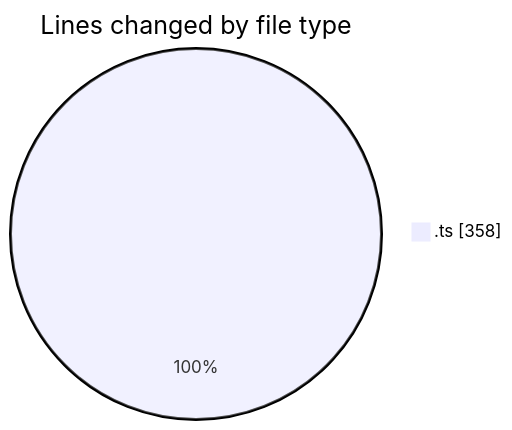
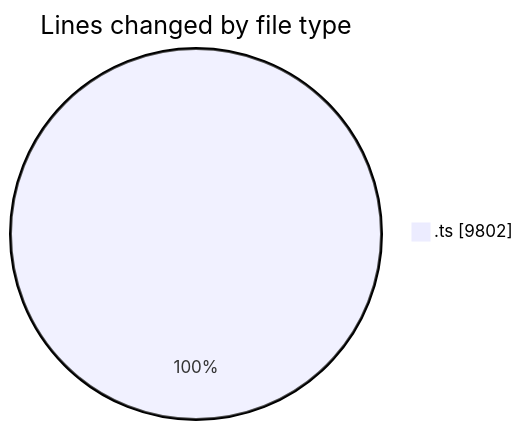
Before and after one commit to momahboobian/code-tracking: the first of 2 diagrams in 2025-09-09/cda/README.md, drawn with Mermaid. The commit also changed other lines of this file and 1 other file, not shown here.

````diff
--- a/2025-09-09/cda/README.md
+++ b/2025-09-09/cda/README.md
@@ -20,5 +22,5 @@
 ```mermaid
 pie showData
 title Lines changed by file type
-".ts" : 358
+".ts" : 9802
 ```
````
